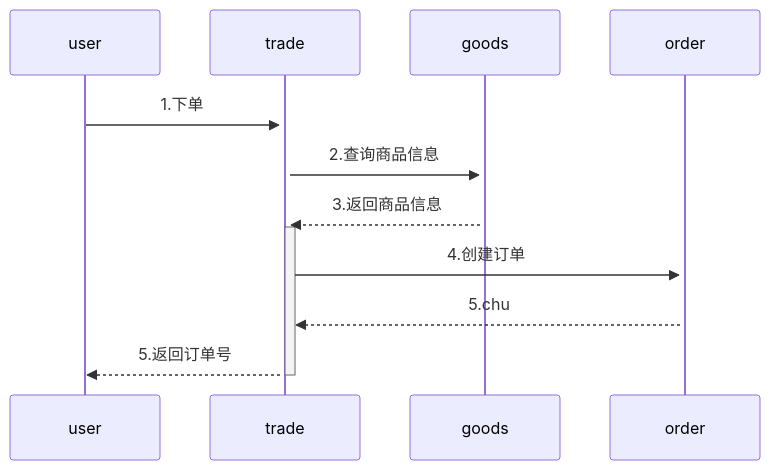
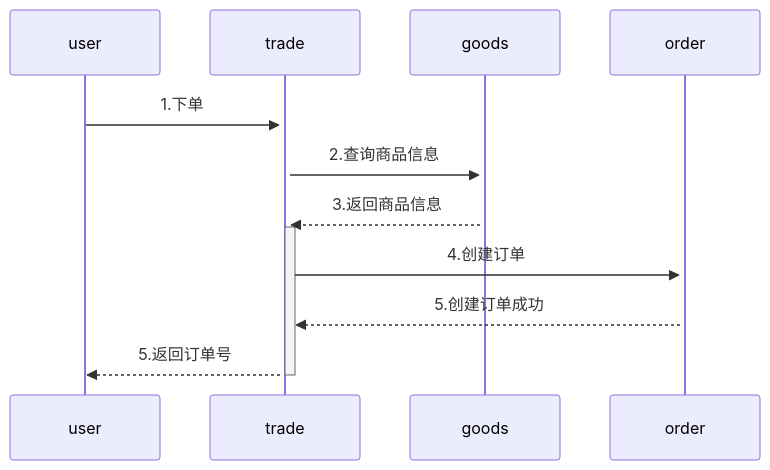
The diagram in all/未命名-6.md (yingjianzh/iodraw-files), drawn with Mermaid before and after one commit.

Commit message:
2024-08-19 15:21:59 update

````diff
--- a/all/未命名-6.md
+++ b/all/未命名-6.md
@@ -1,9 +1,9 @@
 ```mermaid
 sequenceDiagram
     user->>+trade: 1.下单
     trade->>+goods: 2.查询商品信息
     goods-->>+trade: 3.返回商品信息
     trade->>+order: 4.创建订单
-    order-->>trade: 5.chu
+    order-->>trade: 5.创建订单成功
     trade-->>-user: 5.返回订单号
 ```
````
